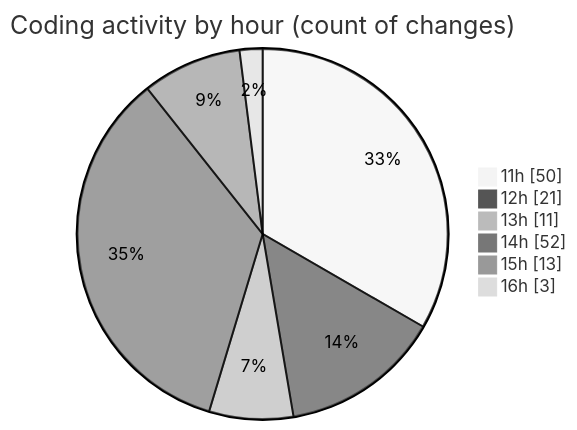
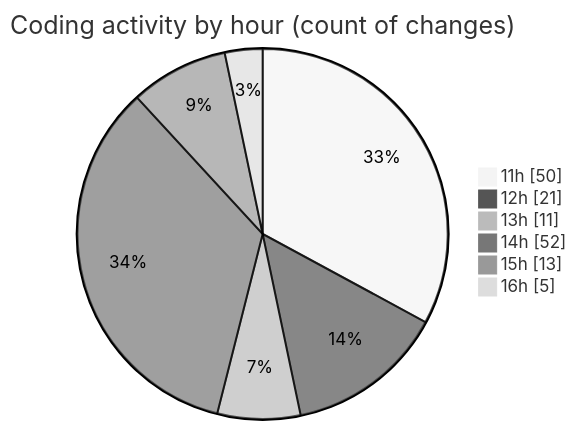
The second of 2 diagrams in 2026-02-06/singularitybrainai/README.md (tmsrecording-cyber/code-tracking), drawn with Mermaid (neutral theme) before and after one commit. The commit also changed other lines of this file and 1 other file, not shown here.

````diff
--- a/2026-02-06/singularitybrainai/README.md
+++ b/2026-02-06/singularitybrainai/README.md
@@ -42,10 +42,10 @@
 ```mermaid
 pie showData
 title Coding activity by hour (count of changes)
 "11h" : 50
 "12h" : 21
 "13h" : 11
 "14h" : 52
 "15h" : 13
-"16h" : 3
+"16h" : 5
 ```
````
